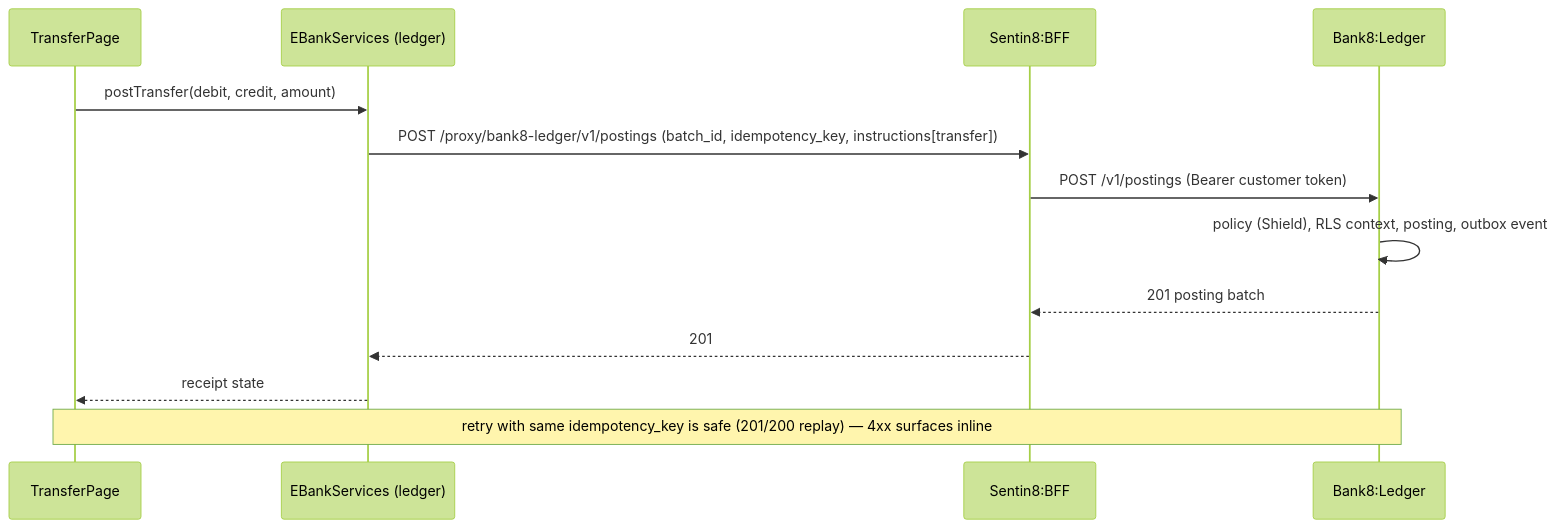
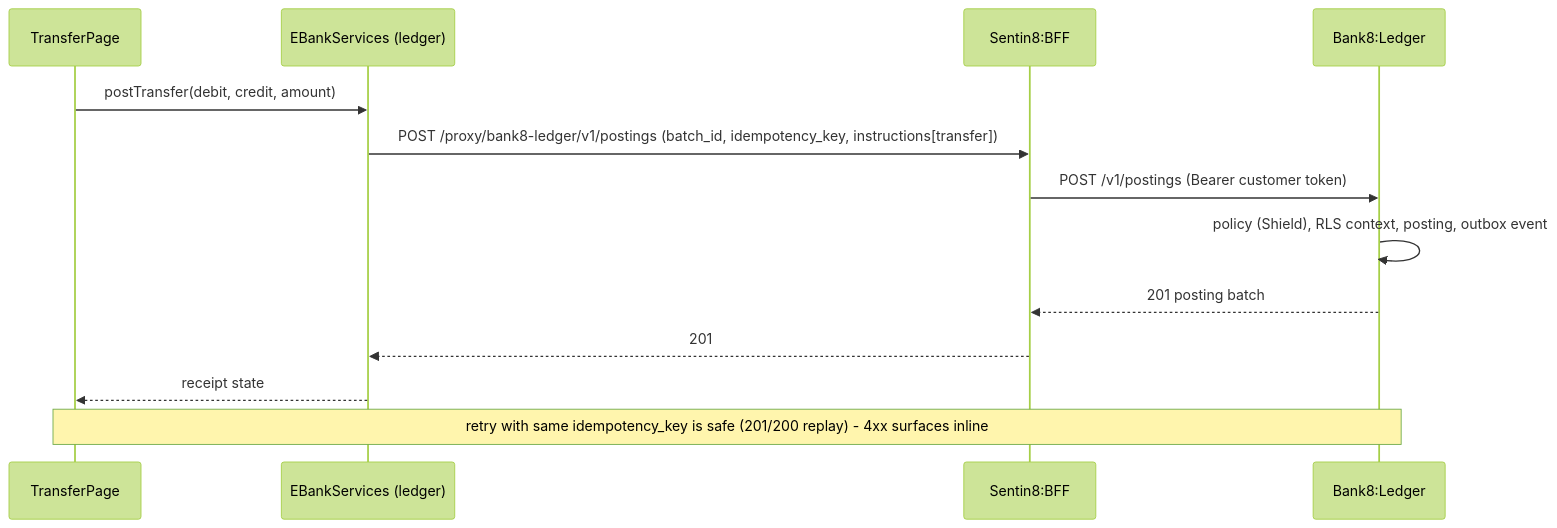
One commit to Bank8-dev/bank8-site changed the fourth of 6 diagrams in docs/apps/ebank/design.md. Above: the diagram before and after it, drawn with Mermaid (forest theme). The commit also changed other lines of this file and 53 other files, not shown here.

````diff
--- a/docs/apps/ebank/design.md
+++ b/docs/apps/ebank/design.md
@@ -87,15 +87,15 @@
 ```mermaid
 sequenceDiagram
     participant P as TransferPage
     participant S as EBankServices (ledger)
     participant F as Sentin8:BFF
     participant L as Bank8:Ledger
     P->>S: postTransfer(debit, credit, amount)
     S->>F: POST /proxy/bank8-ledger/v1/postings (batch_id, idempotency_key, instructions[transfer])
     F->>L: POST /v1/postings (Bearer customer token)
     L->>L: policy (Shield), RLS context, posting, outbox event
     L-->>F: 201 posting batch
     F-->>S: 201
     S-->>P: receipt state
-    note over P,L: retry with same idempotency_key is safe (201/200 replay) — 4xx surfaces inline
+    note over P,L: retry with same idempotency_key is safe (201/200 replay) - 4xx surfaces inline
 ```
````
